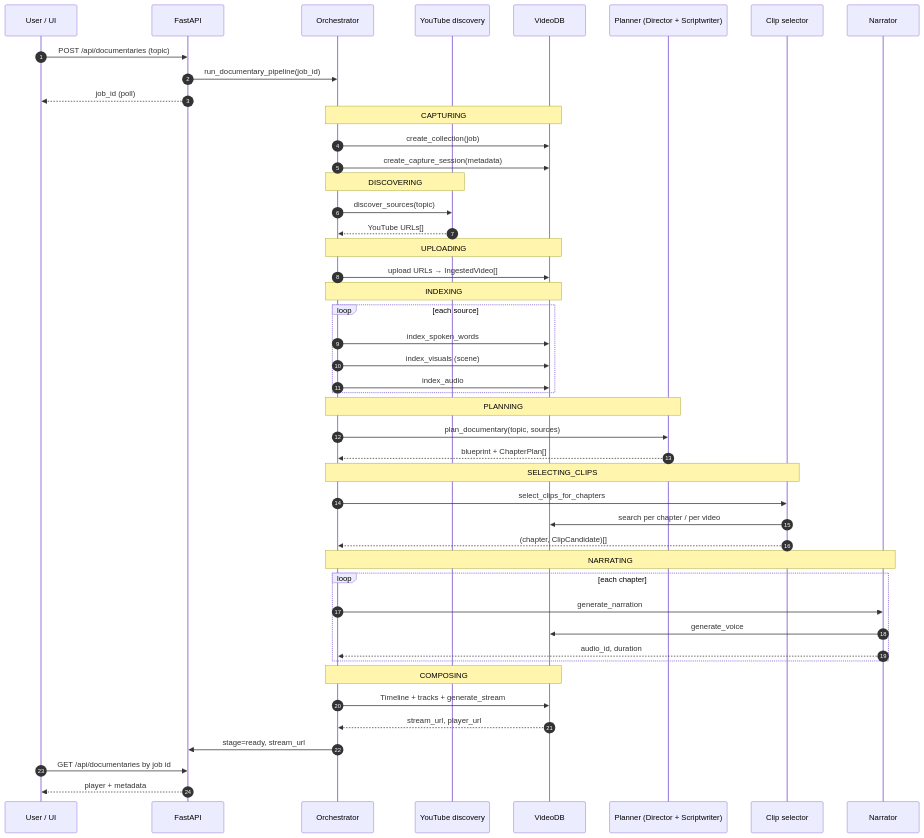
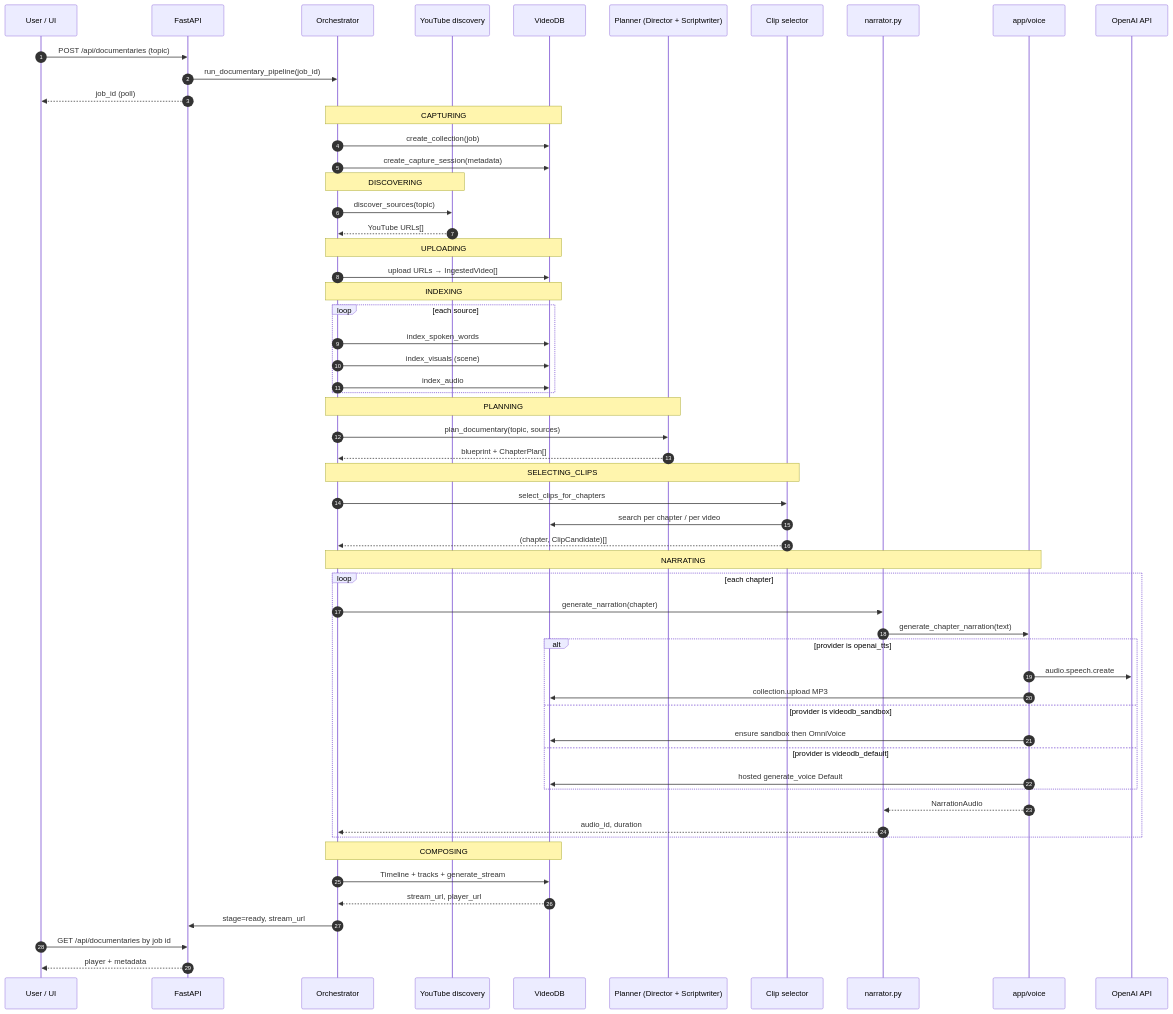
Before and after one commit to Krishan111/Continuum-Agentic_Documentary_Studio: the third of 10 diagrams in ARCHITECTURE.md, drawn with Mermaid. The commit also changed other lines of this file and 1 other file, not shown here.

````diff
--- a/ARCHITECTURE.md
+++ b/ARCHITECTURE.md
@@ -124,58 +144,69 @@
 ```mermaid
 sequenceDiagram
   autonumber
   participant U as User / UI
   participant API as FastAPI
   participant O as Orchestrator
   participant D as YouTube discovery
   participant V as VideoDB
   participant P as Planner (Director + Scriptwriter)
   participant C as Clip selector
-  participant N as Narrator
+  participant N as narrator.py
+  participant Voice as app/voice
+  participant OAI as OpenAI API
 
   U->>API: POST /api/documentaries (topic)
   API->>O: run_documentary_pipeline(job_id)
   API-->>U: job_id (poll)
 
   Note over O,V: CAPTURING
   O->>V: create_collection(job)
   O->>V: create_capture_session(metadata)
 
   Note over O,D: DISCOVERING
   O->>D: discover_sources(topic)
   D-->>O: YouTube URLs[]
 
   Note over O,V: UPLOADING
   O->>V: upload URLs → IngestedVideo[]
 
   Note over O,V: INDEXING
   loop each source
     O->>V: index_spoken_words
     O->>V: index_visuals (scene)
     O->>V: index_audio
   end
 
   Note over O,P: PLANNING
   O->>P: plan_documentary(topic, sources)
   P-->>O: blueprint + ChapterPlan[]
 
   Note over O,C: SELECTING_CLIPS
   O->>C: select_clips_for_chapters
   C->>V: search per chapter / per video
   C-->>O: (chapter, ClipCandidate)[]
 
-  Note over O,N: NARRATING
+  Note over O,Voice: NARRATING
   loop each chapter
-    O->>N: generate_narration
-    N->>V: generate_voice
+    O->>N: generate_narration(chapter)
+    N->>Voice: generate_chapter_narration(text)
+    alt provider is openai_tts
+      Voice->>OAI: audio.speech.create
+      Voice->>V: collection.upload MP3
+    else provider is videodb_sandbox
+      Voice->>V: ensure sandbox then OmniVoice
+    else provider is videodb_default
+      Voice->>V: hosted generate_voice Default
+    end
+    Voice-->>N: NarrationAudio
     N-->>O: audio_id, duration
   end
 
   Note over O,V: COMPOSING
   O->>V: Timeline + tracks + generate_stream
   V-->>O: stream_url, player_url
 
   O->>API: stage=ready, stream_url
   U->>API: GET /api/documentaries by job id
   API-->>U: player + metadata
 ```
````
